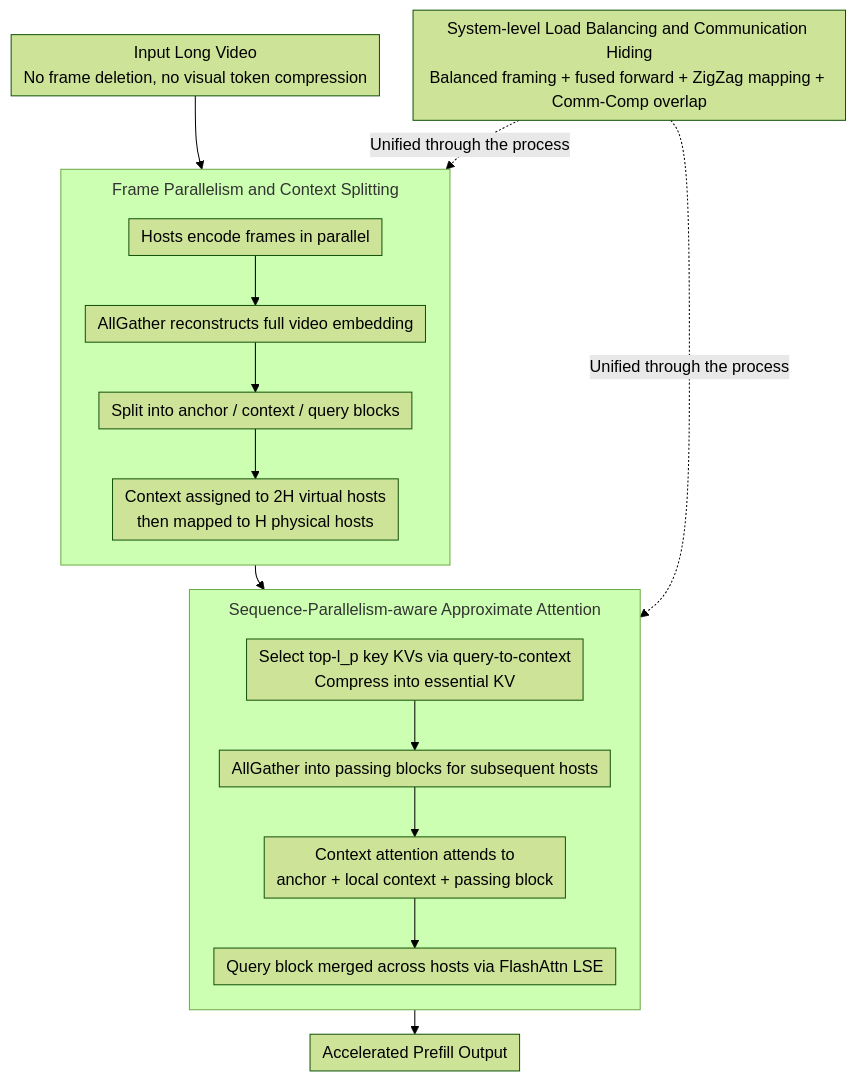
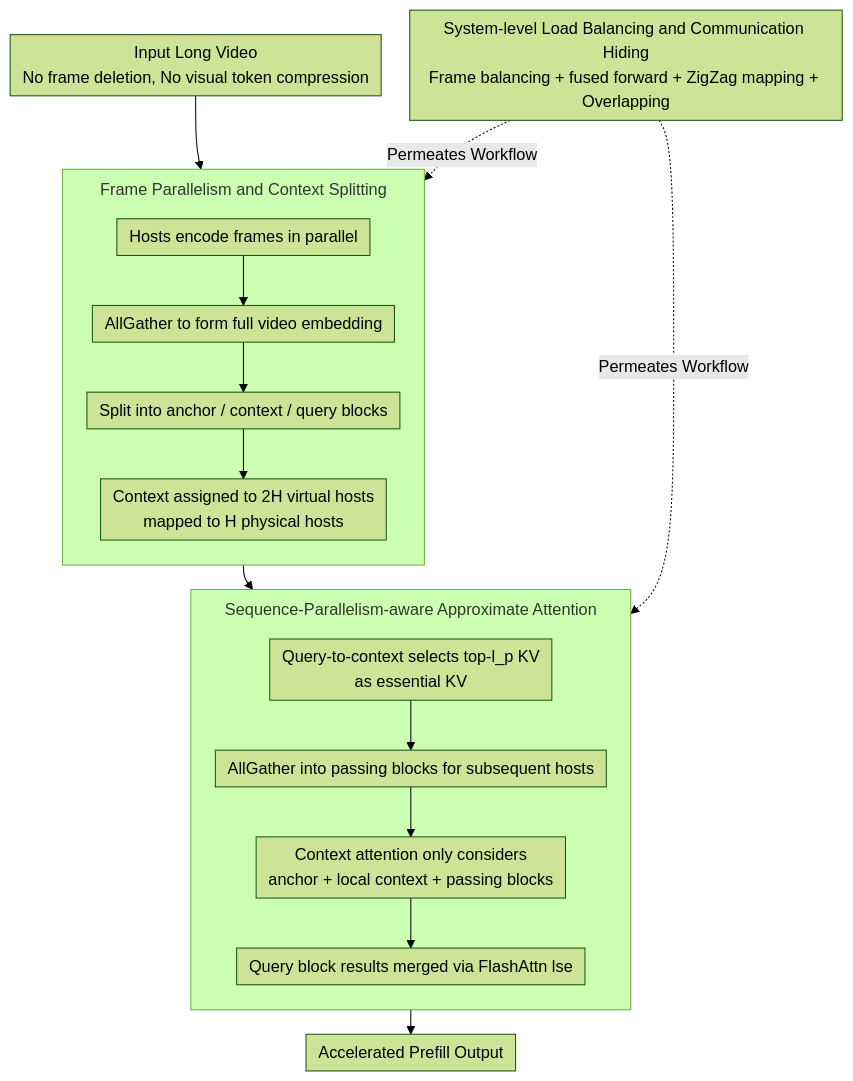
Before and after one commit to zhaoyang97/Paper-Notes-en: the diagram in docs/ACL2026/vlm_efficiency/apb-v_accelerating_long-video_understanding_via_sequence-parallelism-aware_appro.md, drawn with Mermaid (forest theme). The commit also changed other lines of this file and 5084 other files, not shown here.

````diff
--- a/docs/ACL2026/vlm_efficiency/apb-v_accelerating_long-video_understanding_via_sequence-parallelism-aware_appro.md
+++ b/docs/ACL2026/vlm_efficiency/apb-v_accelerating_long-video_understanding_via_sequence-parallelism-aware_appro.md
@@ -41,24 +41,24 @@
 ```mermaid
 %%{init: {'flowchart': {'rankSpacing': 24, 'nodeSpacing': 28, 'padding': 6, 'wrappingWidth': 400, 'subGraphTitleMargin': {'top': 8, 'bottom': 16}}}}%%
 flowchart TD
-    IN["Input Long Video<br/>No frame deletion, no visual token compression"]
+    IN["Input Long Video<br/>No frame deletion, No visual token compression"]
     subgraph FP["Frame Parallelism and Context Splitting"]
         direction TB
-        A["Hosts encode frames in parallel"] --> B["AllGather reconstructs full video embedding"]
+        A["Hosts encode frames in parallel"] --> B["AllGather to form full video embedding"]
         B --> C["Split into anchor / context / query blocks"]
-        C --> D["Context assigned to 2H virtual hosts<br/>then mapped to H physical hosts"]
+        C --> D["Context assigned to 2H virtual hosts<br/>mapped to H physical hosts"]
     end
     subgraph AA["Sequence-Parallelism-aware Approximate Attention"]
         direction TB
-        E["Select top-l_p key KVs via query-to-context<br/>Compress into essential KV"] --> F["AllGather into passing blocks for subsequent hosts"]
-        F --> G["Context attention attends to<br/>anchor + local context + passing block"]
-        G --> H["Query block merged across hosts via FlashAttn LSE"]
+        E["Query-to-context selects top-l_p KV<br/>as essential KV"] --> F["AllGather into passing blocks for subsequent hosts"]
+        F --> G["Context attention only considers<br/>anchor + local context + passing blocks"]
+        G --> H["Query block results merged via FlashAttn lse"]
     end
-    SYS["System-level Load Balancing and Communication Hiding<br/>Balanced framing + fused forward + ZigZag mapping + Comm-Comp overlap"]
+    SYS["System-level Load Balancing and Communication Hiding<br/>Frame balancing + fused forward + ZigZag mapping + Overlapping"]
     OUT["Accelerated Prefill Output"]
     IN --> FP
     FP --> AA
     AA --> OUT
-    SYS -.Unified through the process.-> FP
-    SYS -.Unified through the process.-> AA
+    SYS -.Permeates Workflow.-> FP
+    SYS -.Permeates Workflow.-> AA
 ```
````
